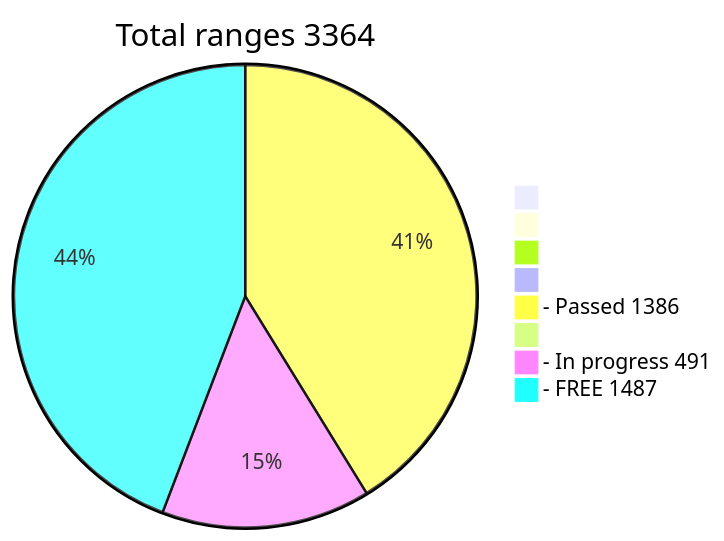
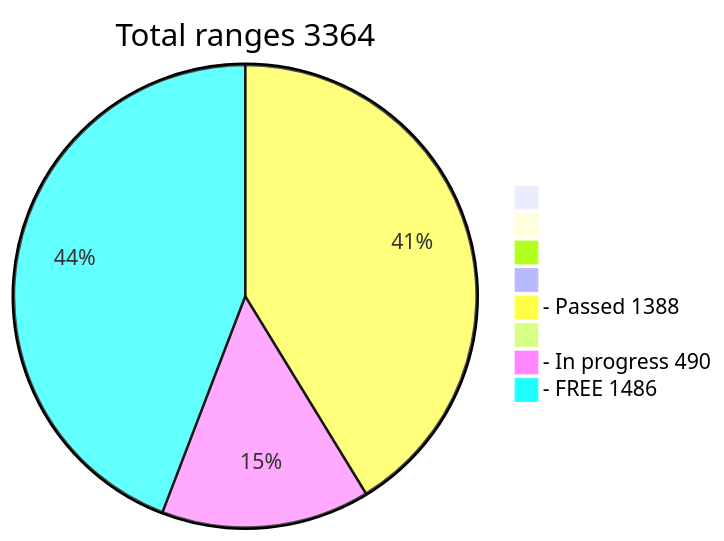
Before and after one commit to phrutis/wif500: the diagram in README.md, drawn with Mermaid.

````diff
--- a/README.md
+++ b/README.md
@@ -16,12 +16,12 @@
 ```mermaid
 pie title Total ranges 3364
              " " : 0
             "  " : 0
            "   " : 0
           "    " : 0
-  "- Passed 1386" : 1386
+  "- Passed 1388" : 1388
          "     " : 0
-  "- In progress 491" : 491
-   "- FREE 1487" : 1486
+  "- In progress 490" : 490
+   "- FREE 1486" : 1486
    
 ```
````
